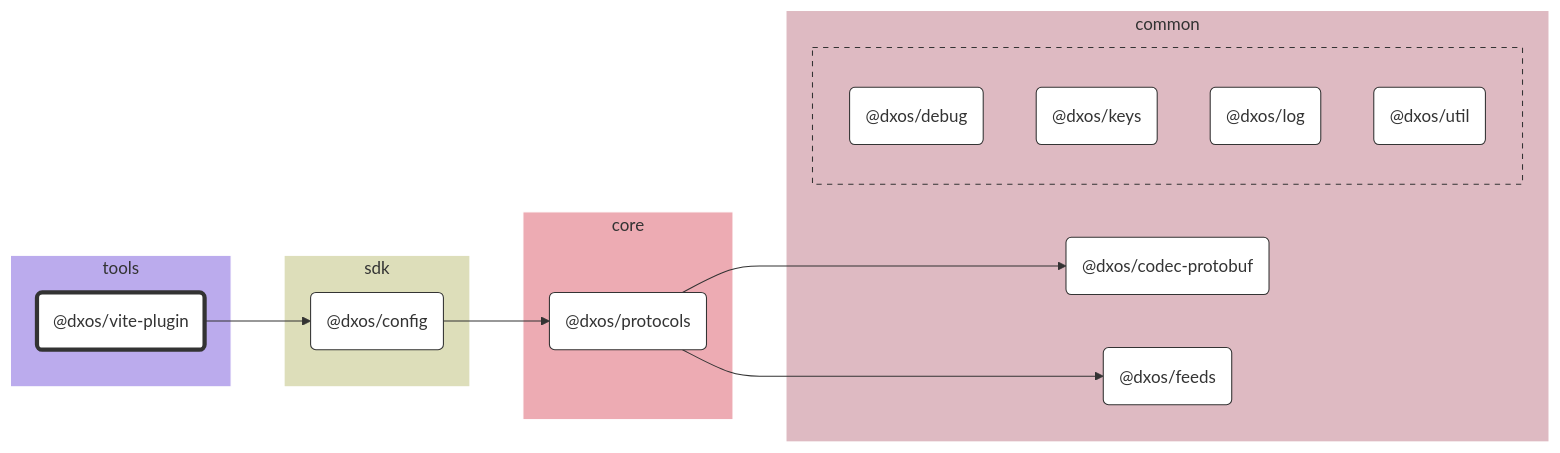
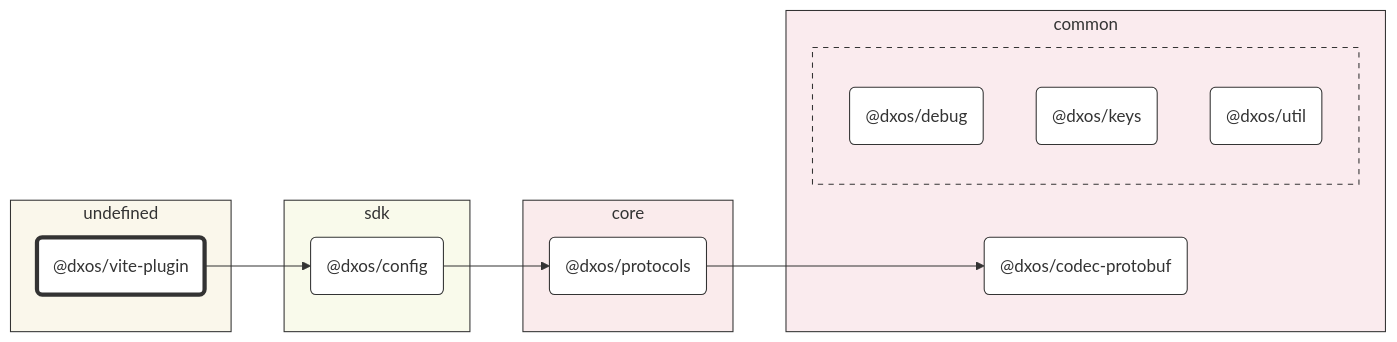
The diagram in tools/vite-plugin/docs/README.md (dxos/dxos), drawn with Mermaid before and after one commit. The commit also changed other lines of this file and 93 other files, not shown here.

First line of the commit message:
chore: hierarchical graphs. (#1583)

````diff
--- a/tools/vite-plugin/docs/README.md
+++ b/tools/vite-plugin/docs/README.md
@@ -7,56 +7,51 @@
 ```mermaid
 %%{ init: {'flowchart':{'curve':'basis'}} }%%
 
 flowchart LR
 
 %% Classes
 classDef def fill:#fff,stroke:#333,stroke-width:1px
 classDef root fill:#fff,stroke:#333,stroke-width:4px
 
 %% Nodes
 
-subgraph tools [tools]
-  style tools fill:#bbabed,stroke:#fff
+subgraph undefined [undefined]
+  style undefined fill:#faf7eb,stroke:#333
   dxos/vite-plugin("@dxos/vite-plugin"):::root
   click dxos/vite-plugin "dxos/dxos/tree/main/tools/vite-plugin/docs"
 end
 
 subgraph sdk [sdk]
-  style sdk fill:#dddeba,stroke:#fff
+  style sdk fill:#f9faeb,stroke:#333
   dxos/config("@dxos/config"):::def
   click dxos/config "dxos/dxos/tree/main/packages/sdk/config/docs"
 end
 
 subgraph common [common]
-  style common fill:#debac2,stroke:#fff
+  style common fill:#faebee,stroke:#333
   dxos/codec-protobuf("@dxos/codec-protobuf"):::def
   click dxos/codec-protobuf "dxos/dxos/tree/main/packages/common/codec-protobuf/docs"
-  dxos/feeds("@dxos/feeds"):::def
-  click dxos/feeds "dxos/dxos/tree/main/packages/common/feeds/docs"
 
-  subgraph common-excluded [ ]
-    style common-excluded fill:#debac2,stroke:#333,stroke-dasharray:5 5
+  subgraph _ [ ]
+    style _ fill:#faebee,stroke:#333,stroke-dasharray:5 5
     dxos/debug("@dxos/debug"):::def
     click dxos/debug "dxos/dxos/tree/main/packages/common/debug/docs"
     dxos/keys("@dxos/keys"):::def
     click dxos/keys "dxos/dxos/tree/main/packages/common/keys/docs"
-    dxos/log("@dxos/log"):::def
-    click dxos/log "dxos/dxos/tree/main/packages/common/log/docs"
     dxos/util("@dxos/util"):::def
     click dxos/util "dxos/dxos/tree/main/packages/common/util/docs"
   end
 end
 
 subgraph core [core]
-  style core fill:#edabb3,stroke:#fff
+  style core fill:#faebec,stroke:#333
   dxos/protocols("@dxos/protocols"):::def
   click dxos/protocols "dxos/dxos/tree/main/packages/core/protocols/docs"
 end
 
 %% Links
 linkStyle default stroke:#333,stroke-width:1px
 dxos/vite-plugin --> dxos/config
 dxos/config --> dxos/protocols
 dxos/protocols --> dxos/codec-protobuf
-dxos/protocols --> dxos/feeds
 ```
````
